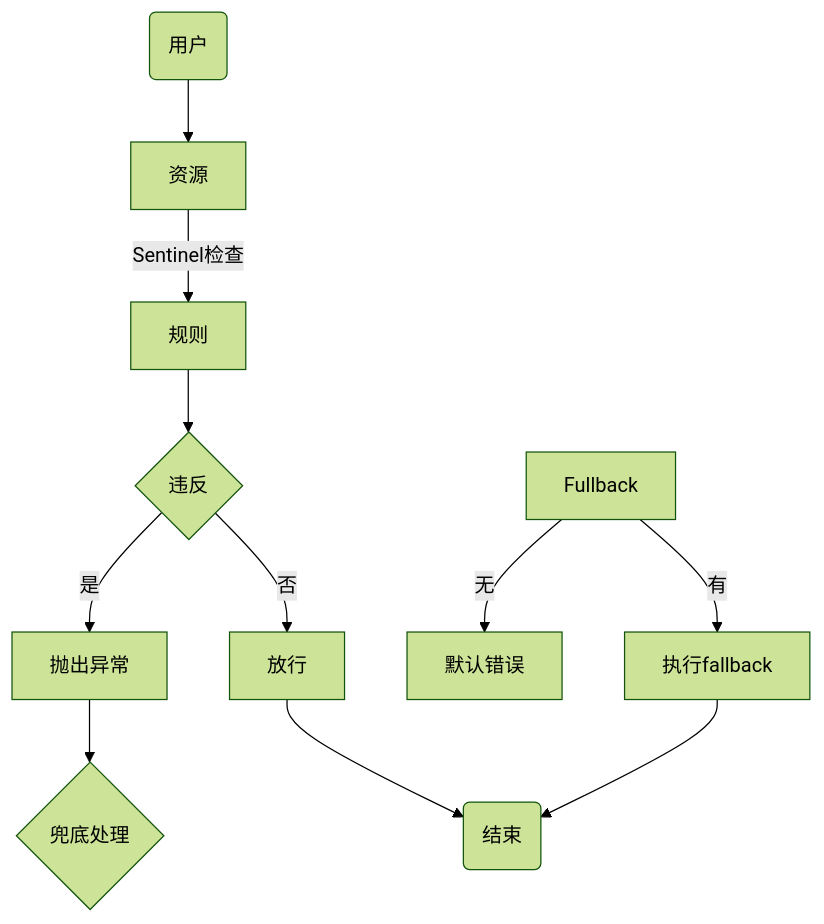
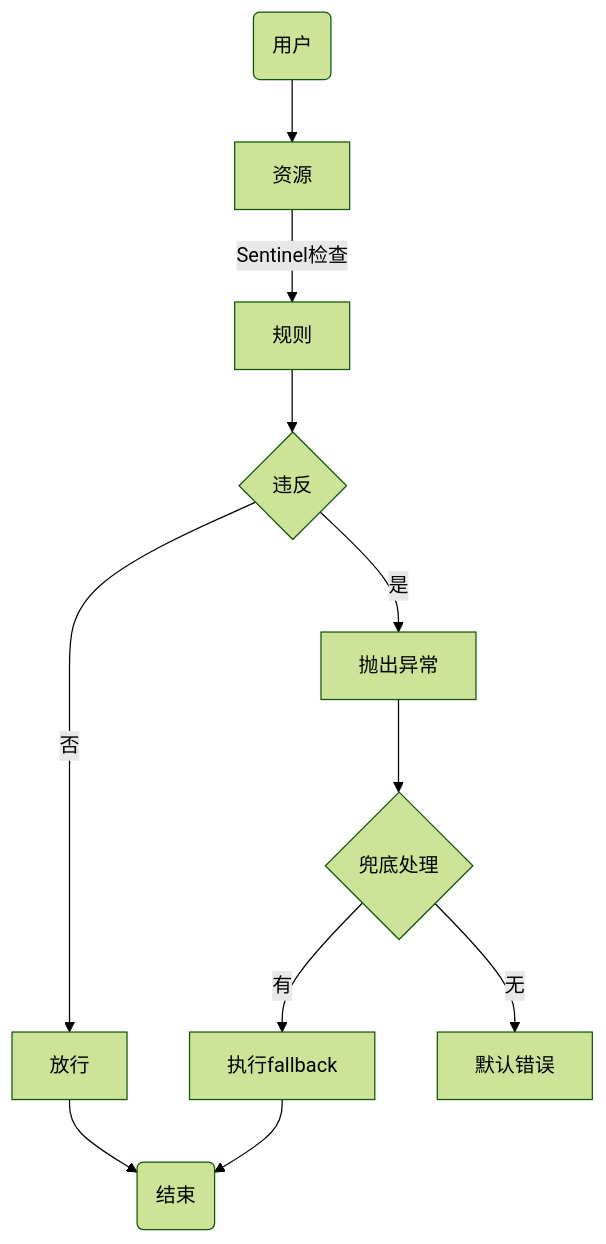
One commit to IteratingSystem/cloud-demo changed the sixth of 6 diagrams in README.md. Above: the diagram before and after it, drawn with Mermaid (forest theme).

Commit message:
修复流程图异常

````diff
--- a/README.md
+++ b/README.md
@@ -602,13 +602,13 @@
 ```mermaid
 graph TB
 User(用户) --> Res[资源]
 Res -->|Sentinel检查| Rule[规则]
 Rule --> Violate{违反}
 Violate -->|否| Run[放行]
 Violate -->|是| Error[抛出异常]
 Run --> End(结束)
 Error --> Fallback{兜底处理}
-Fullback -->|有| RunFallback[执行fallback]
+Fallback -->|有| RunFallback[执行fallback]
 RunFallback --> End
-Fullback -->|无| DefError[默认错误]
+Fallback -->|无| DefError[默认错误]
 ```
````
